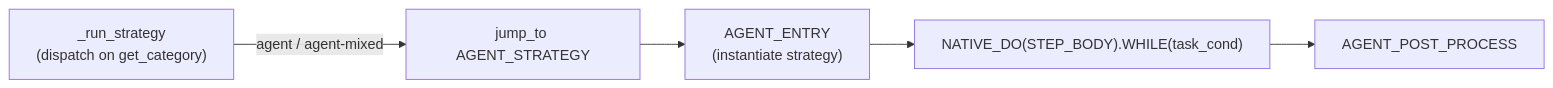
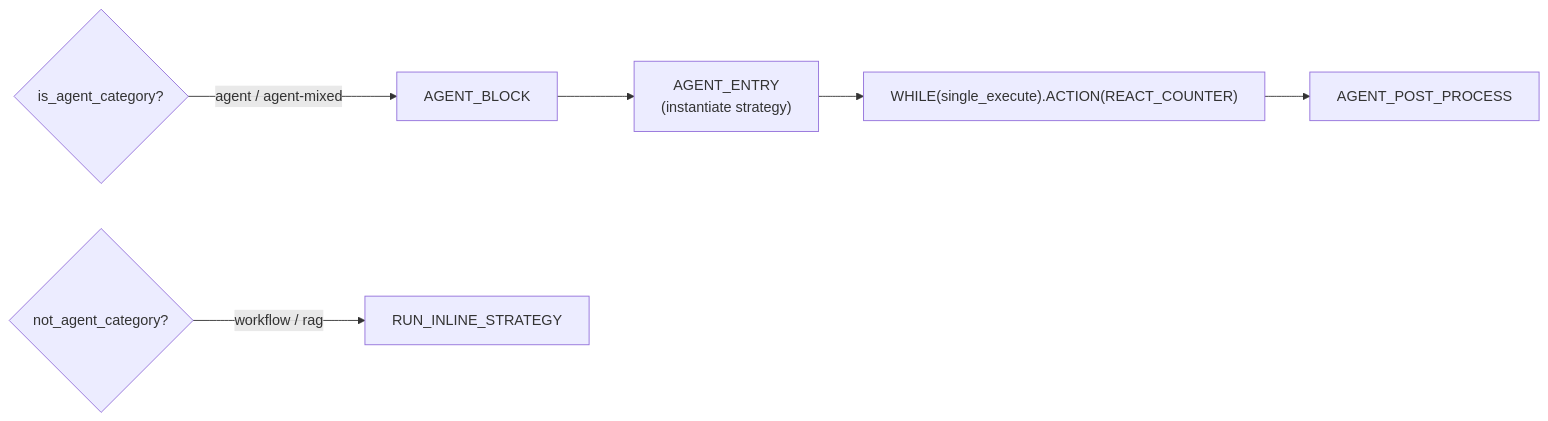
Before and after one commit to AmritaBot/AmritaCore: the second of 2 diagrams in docs/docs/guide/advanced/workflow-engine.md, drawn with Mermaid. The commit also changed other lines of this file and 239 other files, not shown here.

````diff
--- a/docs/docs/guide/advanced/workflow-engine.md
+++ b/docs/docs/guide/advanced/workflow-engine.md
@@ -24,7 +37,8 @@
 ```mermaid
 flowchart LR
-    S["_run_strategy<br/>(dispatch on get_category)"] -->|agent / agent-mixed| J["jump_to AGENT_STRATEGY"]
-    J --> K["AGENT_ENTRY<br/>(instantiate strategy)"]
-    K --> L["NATIVE_DO(STEP_BODY).WHILE(task_cond)"]
+    G1{"is_agent_category?"} -->|agent / agent-mixed| AB["AGENT_BLOCK"]
+    G2{"not_agent_category?"} -->|workflow / rag| IN["RUN_INLINE_STRATEGY"]
+    AB --> K["AGENT_ENTRY<br/>(instantiate strategy)"]
+    K --> L["WHILE(single_execute).ACTION(REACT_COUNTER)"]
     L --> M["AGENT_POST_PROCESS"]
 ```
````
